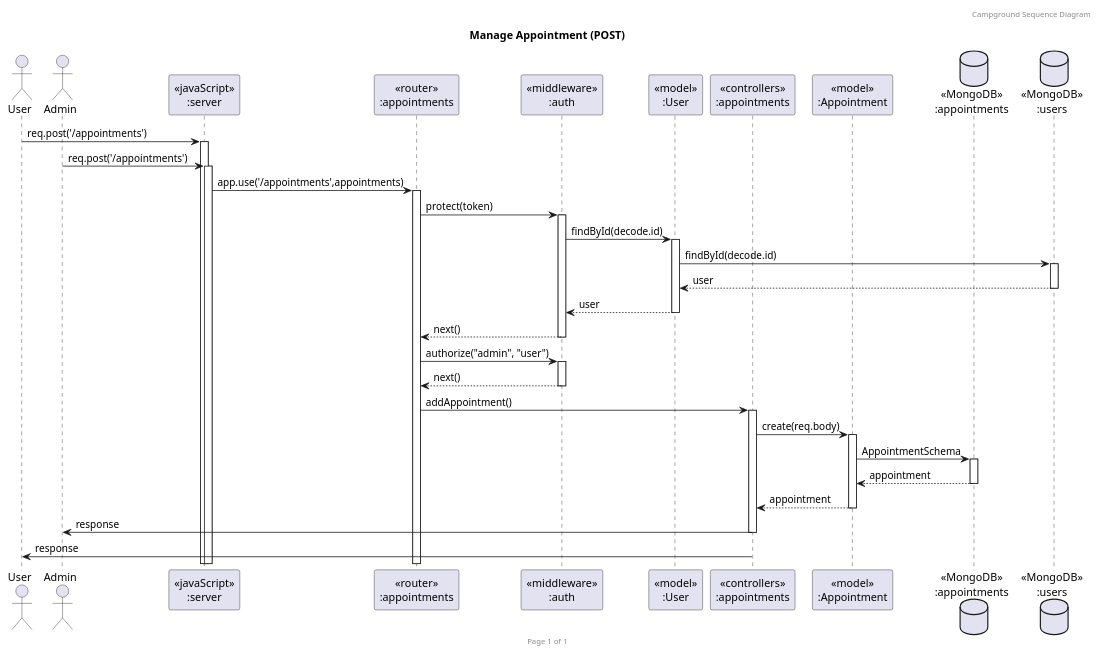
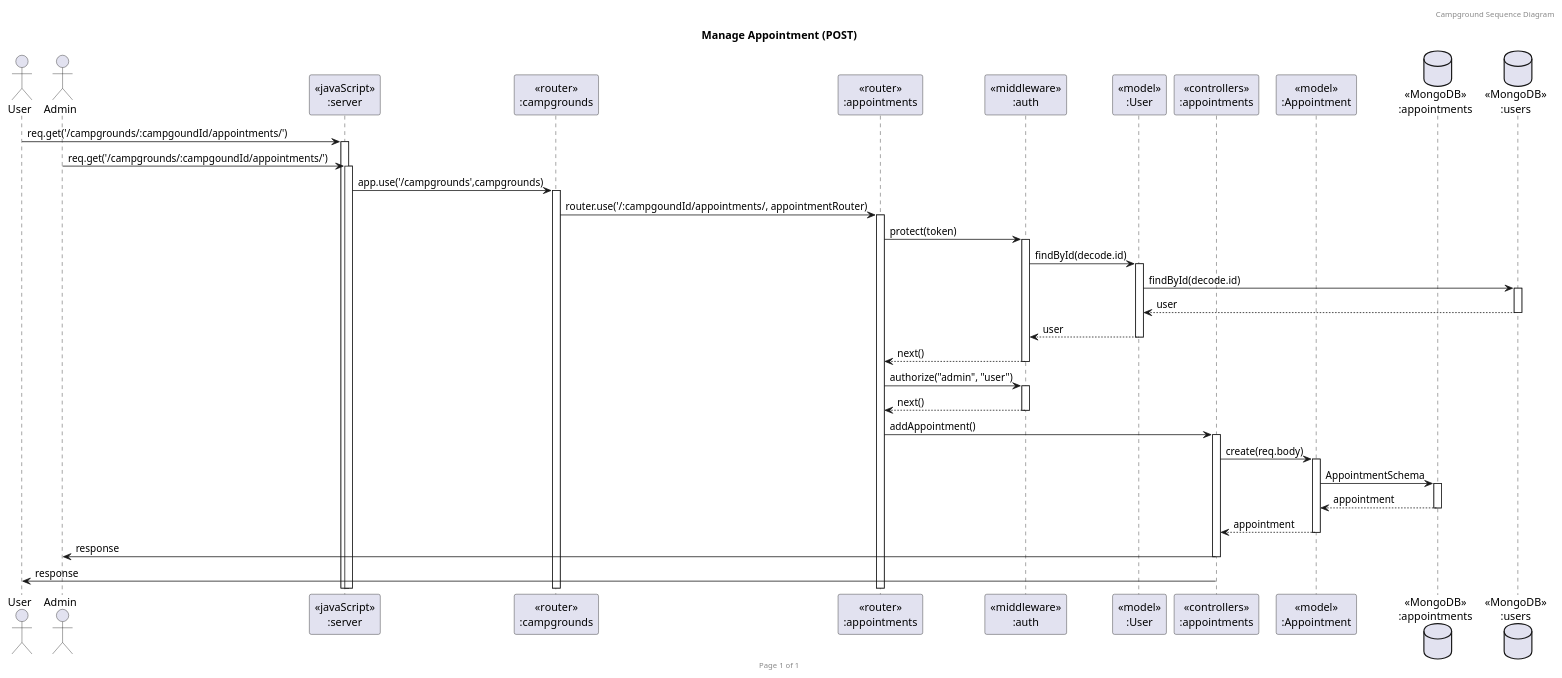
Before and after one commit to FaiiFaiipuipui/CEDT_Y1T2_backend-campgroundbooking: the diagram in diagram/Sequence diagram/Appointment/Appointment_POST.puml, drawn with PlantUML. The commit also changed 1 other file, not shown here.

Commit message:
Update Add ONE Appt Sequence Diagram

```diff
--- a/diagram/Sequence diagram/Appointment/Appointment_POST.puml
+++ b/diagram/Sequence diagram/Appointment/Appointment_POST.puml
@@ -1,37 +1,39 @@
 @startuml Manage Appointment (POST)
 
 header Campground Sequence Diagram
 footer Page %page% of %lastpage%
 title "Manage Appointment (POST)"
 
 actor "User" as user
 actor "Admin" as admin
 participant "<<javaScript>>\n:server" as server
+participant "<<router>>\n:campgrounds" as routerCampgrounds
 participant "<<router>>\n:appointments" as routerAppointments
 participant "<<middleware>>\n:auth" as middlewareAuth
 participant "<<model>>\n:User" as modelUser
 participant "<<controllers>>\n:appointments" as controllersAppointments
 participant "<<model>>\n:Appointment" as modelAppointment
 database "<<MongoDB>>\n:appointments" as CampgroundsDatabase
 database "<<MongoDB>>\n:users" as UsersDatabase
 
-user->server ++:req.post('/appointments')
-admin->server ++:req.post('/appointments')
-server->routerAppointments ++:app.use('/appointments',appointments)
+user->server ++:req.get('/campgrounds/:campgoundId/appointments/')
+admin->server ++:req.get('/campgrounds/:campgoundId/appointments/')
+server->routerCampgrounds ++:app.use('/campgrounds',campgrounds)
+routerCampgrounds -> routerAppointments ++:router.use('/:campgoundId/appointments/, appointmentRouter)
 routerAppointments -> middlewareAuth ++:protect(token)
 middlewareAuth -> modelUser ++:findById(decode.id)
 modelUser -> UsersDatabase ++:findById(decode.id)
 UsersDatabase --> modelUser --:user
 modelUser --> middlewareAuth --:user
 middlewareAuth --> routerAppointments --:next()
 routerAppointments -> middlewareAuth ++:authorize("admin", "user")
 middlewareAuth --> routerAppointments --:next()
 routerAppointments -> controllersAppointments ++:addAppointment()
 controllersAppointments->modelAppointment ++:create(req.body)
 modelAppointment ->CampgroundsDatabase ++:AppointmentSchema
 CampgroundsDatabase --> modelAppointment --:appointment
 controllersAppointments <-- modelAppointment --:appointment
 controllersAppointments->admin --:response
 controllersAppointments->user --:response
 
 @enduml
```
